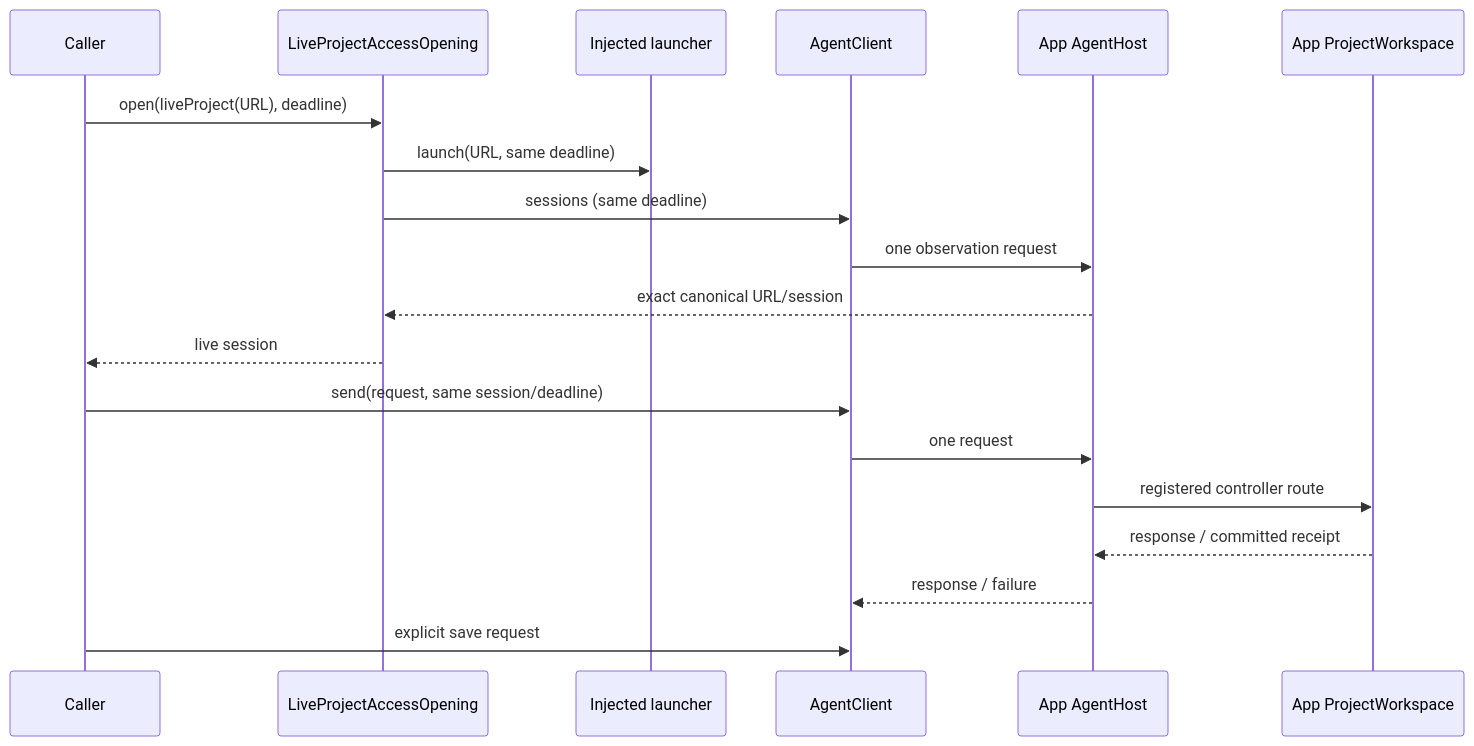
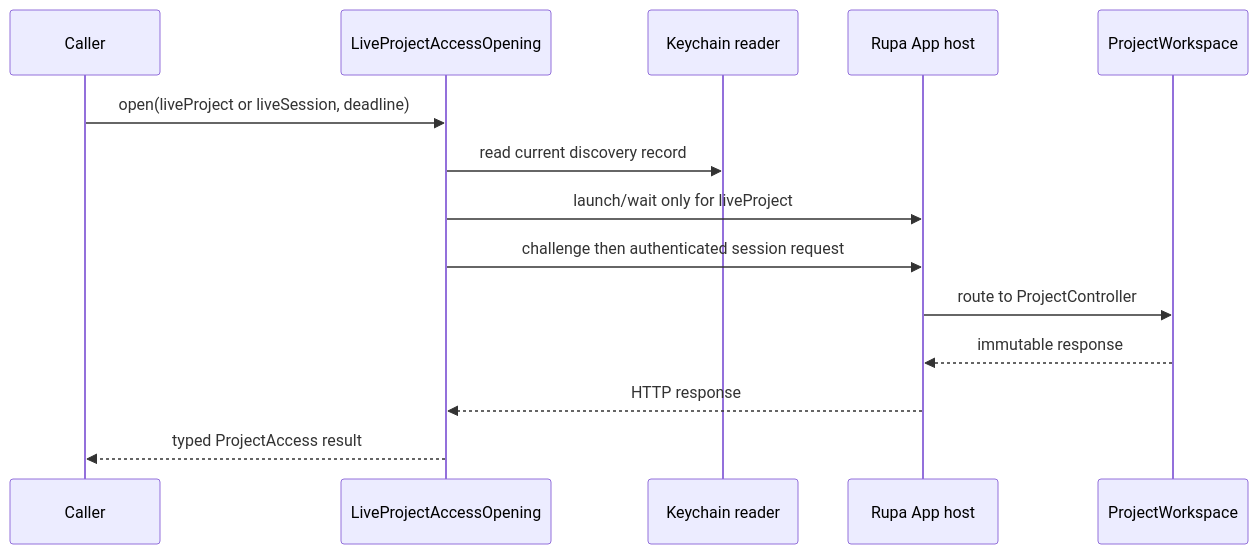
One commit to 1amageek/Rupa changed the second of 2 diagrams in RupaKit/Sources/RupaProjectAccessComposition/DESIGN.md. Above: the diagram before and after it, drawn with Mermaid. The commit also changed other lines of this file and 133 other files, not shown here.

Commit message:
Route external access through the Rupa API

````diff
--- a/RupaKit/Sources/RupaProjectAccessComposition/DESIGN.md
+++ b/RupaKit/Sources/RupaProjectAccessComposition/DESIGN.md
@@ -269,21 +82,16 @@
 ```mermaid
 sequenceDiagram
-    participant Caller
+    participant C as Caller
     participant O as LiveProjectAccessOpening
-    participant A as Injected launcher
-    participant C as AgentClient
-    participant H as App AgentHost
-    participant W as App ProjectWorkspace
-    Caller->>O: open(liveProject(URL), deadline)
-    O->>A: launch(URL, same deadline)
-    O->>C: sessions (same deadline)
-    C->>H: one observation request
-    H-->>O: exact canonical URL/session
-    O-->>Caller: live session
-    Caller->>C: send(request, same session/deadline)
-    C->>H: one request
-    H->>W: registered controller route
-    W-->>H: response / committed receipt
-    H-->>C: response / failure
-    Caller->>C: explicit save request
+    participant K as Keychain reader
+    participant H as Rupa App host
+    participant W as ProjectWorkspace
+    C->>O: open(liveProject or liveSession, deadline)
+    O->>K: read current discovery record
+    O->>H: launch/wait only for liveProject
+    O->>H: challenge then authenticated session request
+    H->>W: route to ProjectController
+    W-->>H: immutable response
+    H-->>O: HTTP response
+    O-->>C: typed ProjectAccess result
 ```
````
